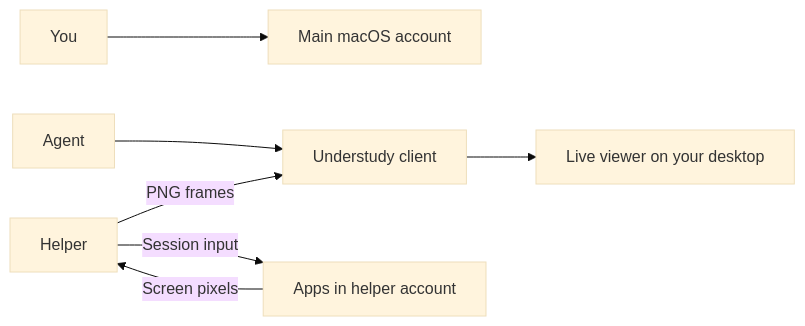
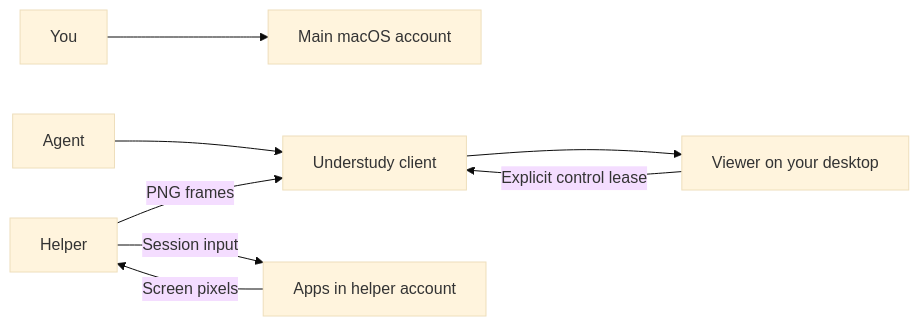
The diagram in README.md (InsaneArts/atlas), drawn with Mermaid (base theme) before and after one commit. The commit also changed other lines of this file and 38 other files, not shown here.

Commit message:
Redesign the viewer and add guarded mouse and keyboard control

````diff
--- a/README.md
+++ b/README.md
@@ -18,9 +20,10 @@
 ```mermaid
 flowchart LR
     Human[You] --> Main[Main macOS account]
     Agent[Agent] --> Client[Understudy client]
     Helper -->|Session input| Apps[Apps in helper account]
     Apps -->|Screen pixels| Helper
     Helper -->|PNG frames| Client
-    Client --> Viewer[Live viewer on your desktop]
+    Client --> Viewer[Viewer on your desktop]
+    Viewer -->|Explicit control lease| Client
 ```
````
